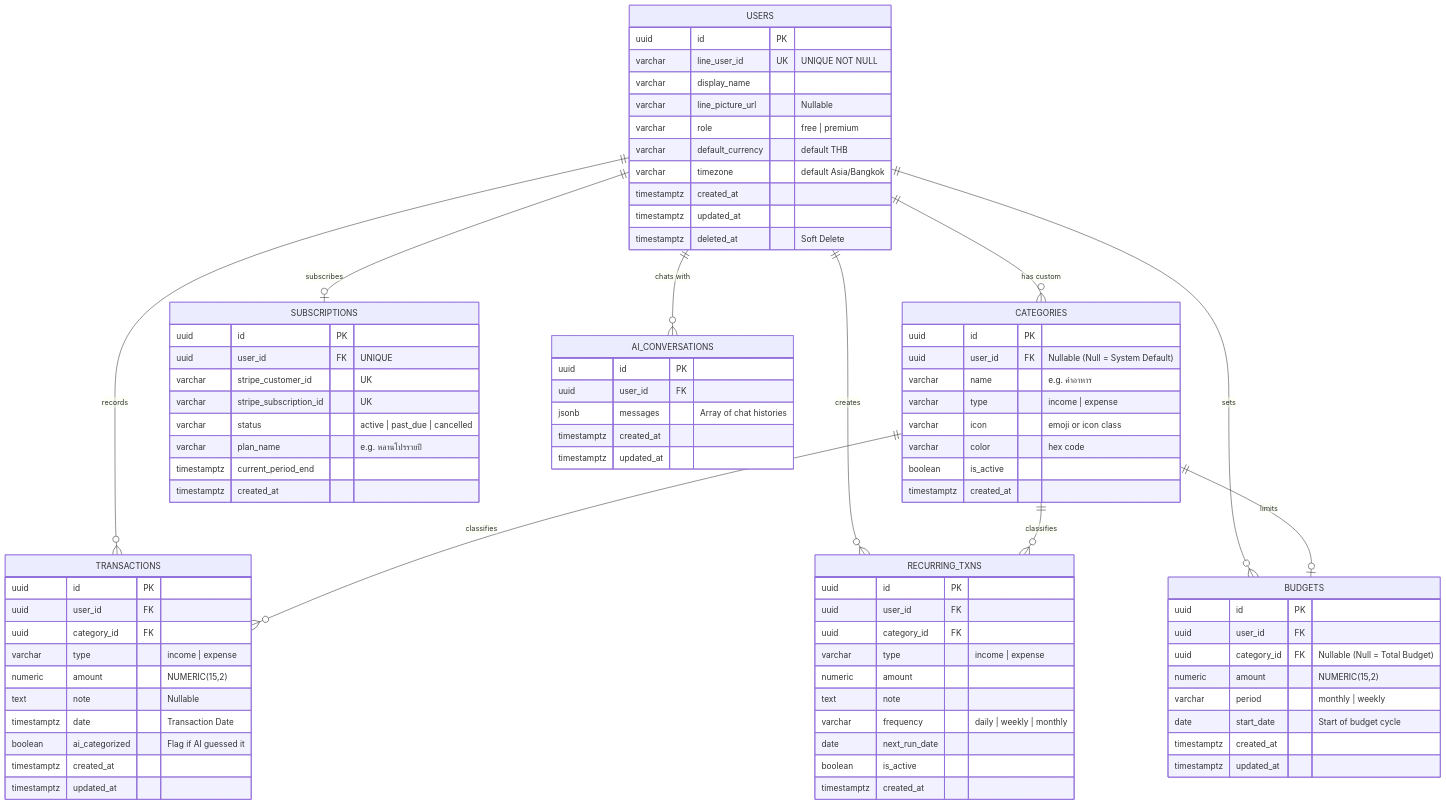
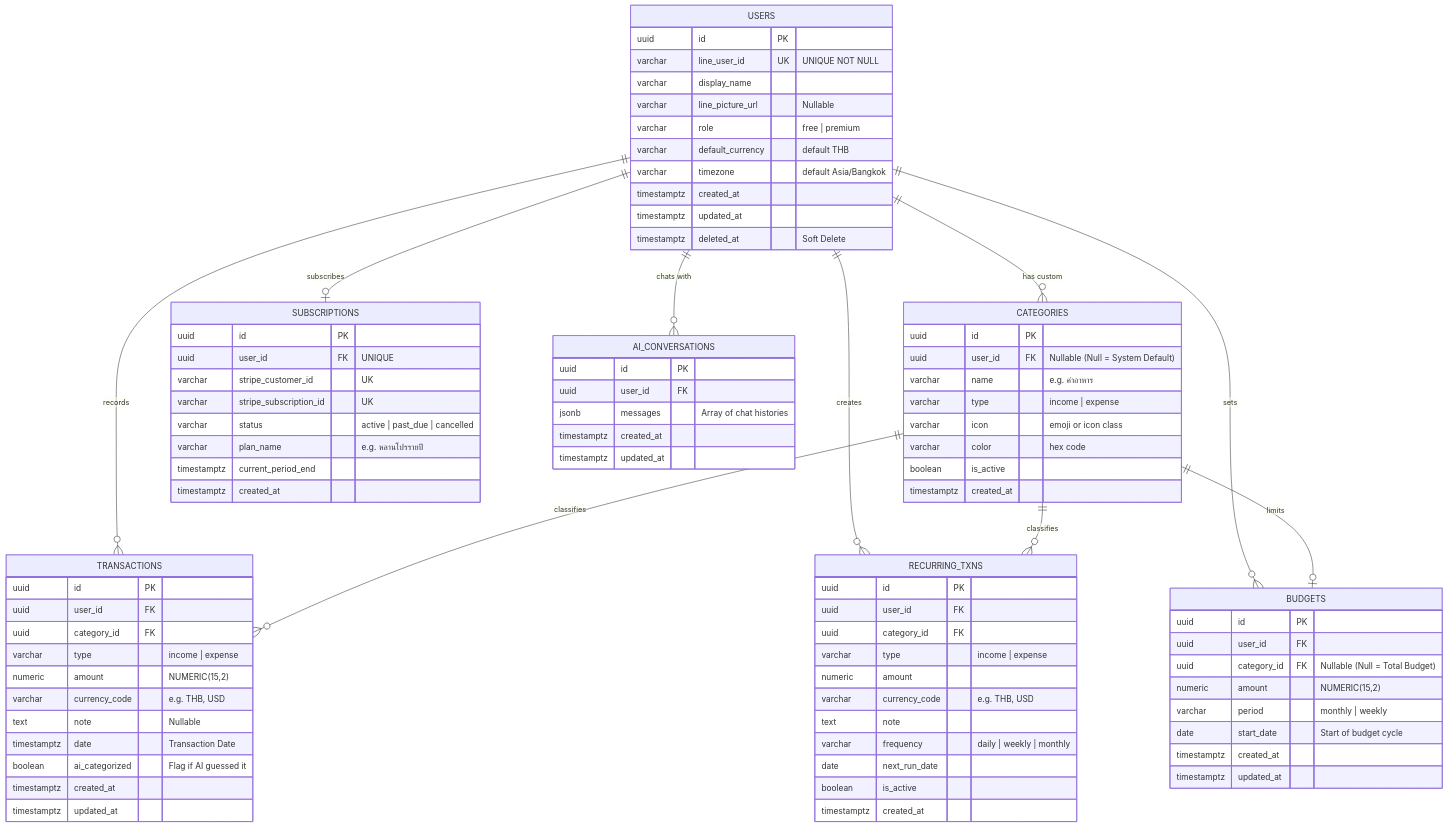
The diagram in SYSTEM_ARCHITECTURE.md (Sek-Code/PaaToy-CashFlow), drawn with Mermaid before and after one commit.

Commit message:
docs: add multi-currency support to ERD

```diff
--- a/SYSTEM_ARCHITECTURE.md
+++ b/SYSTEM_ARCHITECTURE.md
@@ -70,6 +70,7 @@
         uuid category_id FK
         varchar type "income | expense"
         numeric amount "NUMERIC(15,2)"
+        varchar currency_code "e.g. THB, USD"
         text note "Nullable"
         timestamptz date "Transaction Date"
         boolean ai_categorized "Flag if AI guessed it"
@@ -117,6 +118,7 @@
         uuid category_id FK
         varchar type "income | expense"
         numeric amount
+        varchar currency_code "e.g. THB, USD"
         text note
         varchar frequency "daily | weekly | monthly"
         date next_run_date
```
